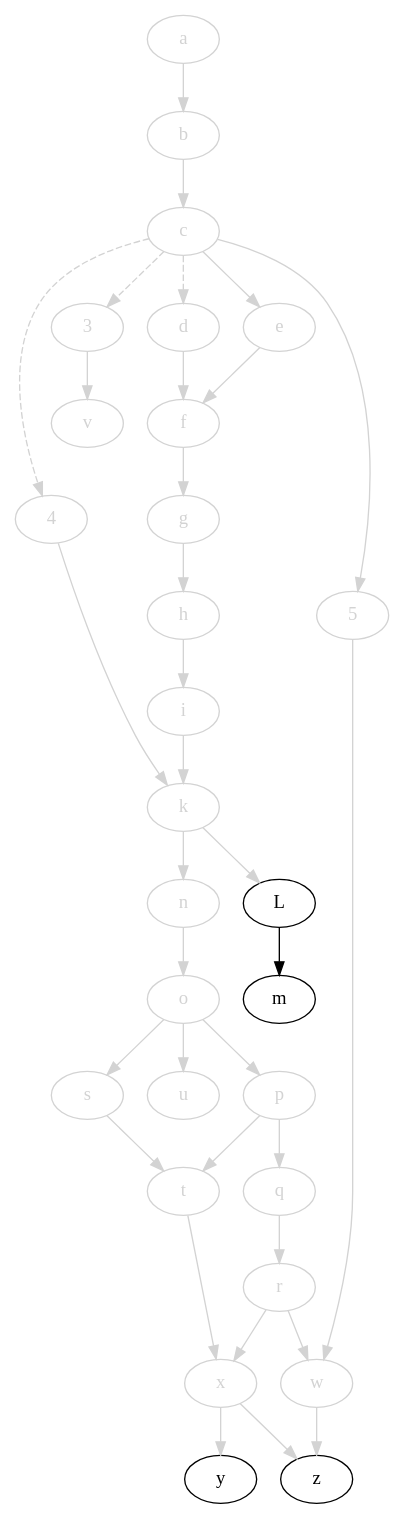
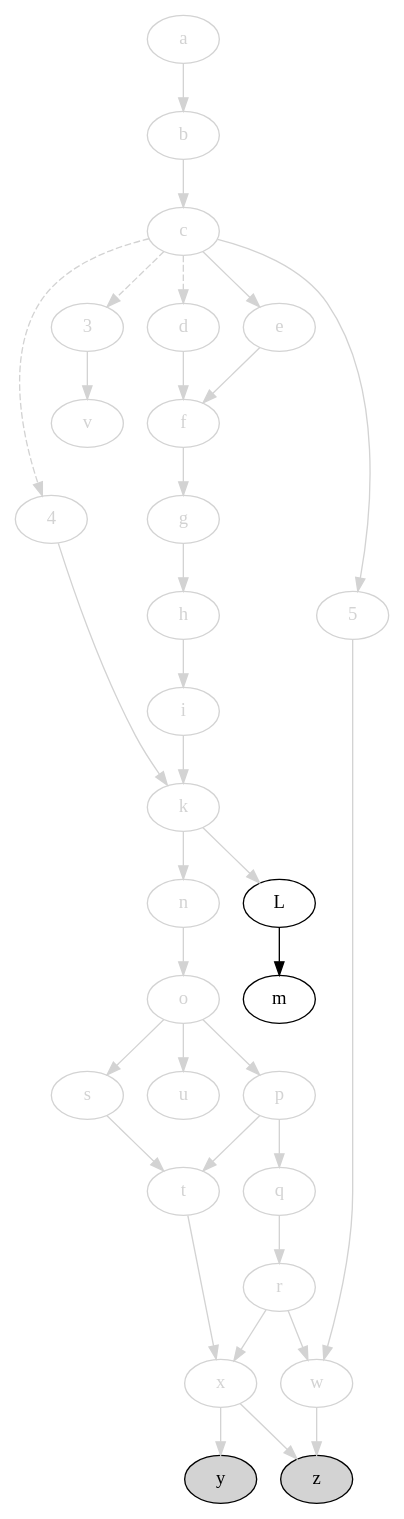
One commit to jdmpapin/svm-startup-deps changed the diagram in svm-startup-deps.dot. Above: the diagram before and after it, drawn with Graphviz. The commit also changed 1 other file, not shown here.

```diff
--- a/svm-startup-deps.dot
+++ b/svm-startup-deps.dot
@@ -1,67 +1,67 @@
 digraph {
     // open: [style=filled,fillcolor=lightgrey]
     // closed: [color=lightgrey,fontcolor=lightgrey]
 
     4 [color=lightgrey,fontcolor=lightgrey];
     3 [color=lightgrey,fontcolor=lightgrey];
     a [color=lightgrey,fontcolor=lightgrey];
     b [color=lightgrey,fontcolor=lightgrey];
     c [color=lightgrey,fontcolor=lightgrey];
     d [color=lightgrey,fontcolor=lightgrey];
     e [color=lightgrey,fontcolor=lightgrey];
     f [color=lightgrey,fontcolor=lightgrey];
     g [color=lightgrey,fontcolor=lightgrey];
     h [color=lightgrey,fontcolor=lightgrey];
     i [color=lightgrey,fontcolor=lightgrey];
     k [color=lightgrey,fontcolor=lightgrey];
     L;
     m;
     5 [color=lightgrey,fontcolor=lightgrey];
     n [color=lightgrey,fontcolor=lightgrey];
     o [color=lightgrey,fontcolor=lightgrey];
     p [color=lightgrey,fontcolor=lightgrey];
     q [color=lightgrey,fontcolor=lightgrey];
     r [color=lightgrey,fontcolor=lightgrey];
     s [color=lightgrey,fontcolor=lightgrey];
     t [color=lightgrey,fontcolor=lightgrey];
     u [color=lightgrey,fontcolor=lightgrey];
     v [color=lightgrey,fontcolor=lightgrey];
     w [color=lightgrey,fontcolor=lightgrey];
     x [color=lightgrey,fontcolor=lightgrey];
-    y;
-    z;
+    y [style=filled,fillcolor=lightgrey];
+    z [style=filled,fillcolor=lightgrey];
 
     4 -> k [color=lightgrey];
     c -> 4 [style=dashed,color=lightgrey];
     c -> 3 [style=dashed,color=lightgrey];
     c -> d [style=dashed,color=lightgrey];
     3 -> v [color=lightgrey];
     a -> b [color=lightgrey];
     b -> c [color=lightgrey];
     c -> e [color=lightgrey];
     c -> 5 [color=lightgrey];
     d -> f [color=lightgrey];
     e -> f [color=lightgrey];
     f -> g [color=lightgrey];
     g -> h [color=lightgrey];
     h -> i [color=lightgrey];
     i -> k [color=lightgrey];
     k -> L [color=lightgrey];
     L -> m;
     k -> n [color=lightgrey];
     n -> o [color=lightgrey];
     o -> p [color=lightgrey];
     p -> q [color=lightgrey];
     q -> r [color=lightgrey];
     o -> s [color=lightgrey];
     s -> t [color=lightgrey];
     p -> t [color=lightgrey];
     o -> u [color=lightgrey];
     5 -> w [color=lightgrey];
     r -> w [color=lightgrey];
     t -> x [color=lightgrey];
     r -> x [color=lightgrey];
     x -> y [color=lightgrey];
     x -> z [color=lightgrey];
     w -> z [color=lightgrey];
 }
```
